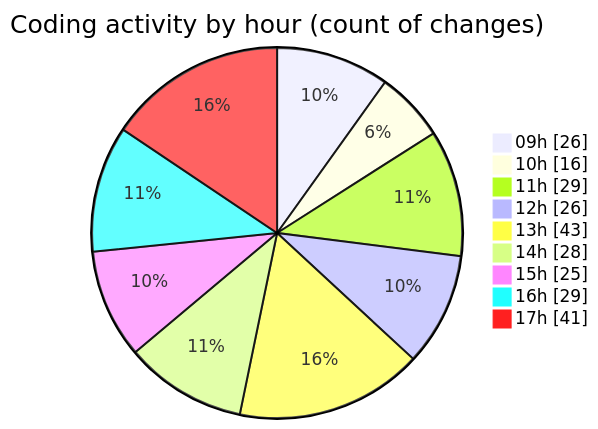
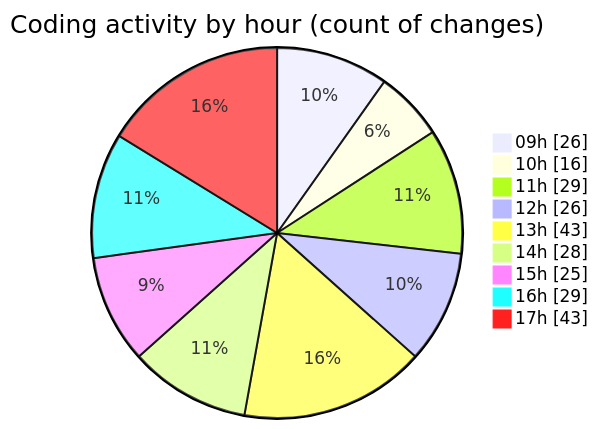
One commit to momahboobian/code-tracking changed the second of 2 diagrams in 2025-11-17/cda/README.md. Above: the diagram before and after it, drawn with Mermaid. The commit also changed other lines of this file and 1 other file, not shown here.

````diff
--- a/2025-11-17/cda/README.md
+++ b/2025-11-17/cda/README.md
@@ -46,13 +46,13 @@
 ```mermaid
 pie showData
 title Coding activity by hour (count of changes)
 "09h" : 26
 "10h" : 16
 "11h" : 29
 "12h" : 26
 "13h" : 43
 "14h" : 28
 "15h" : 25
 "16h" : 29
-"17h" : 41
+"17h" : 43
 ```
````
